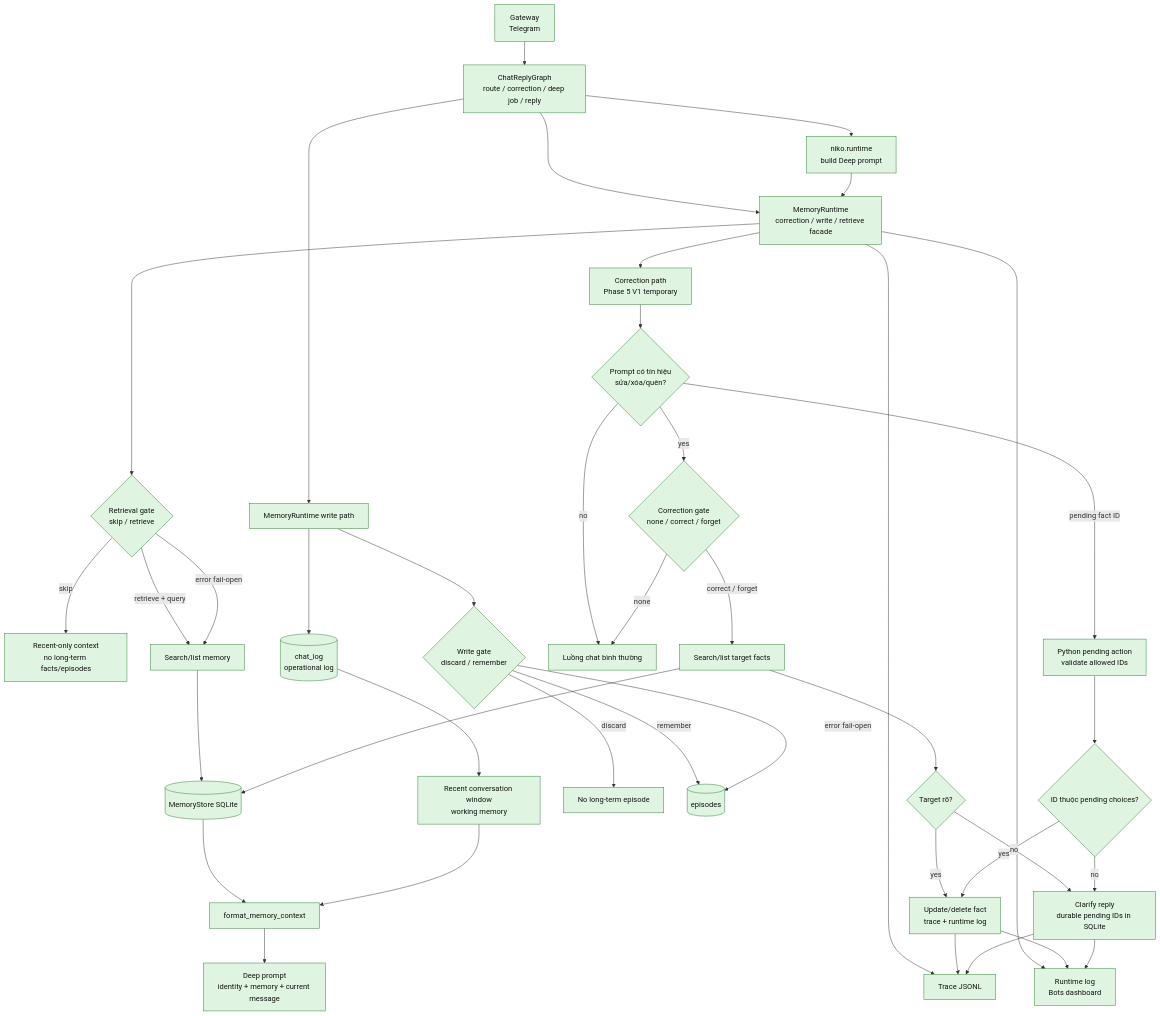
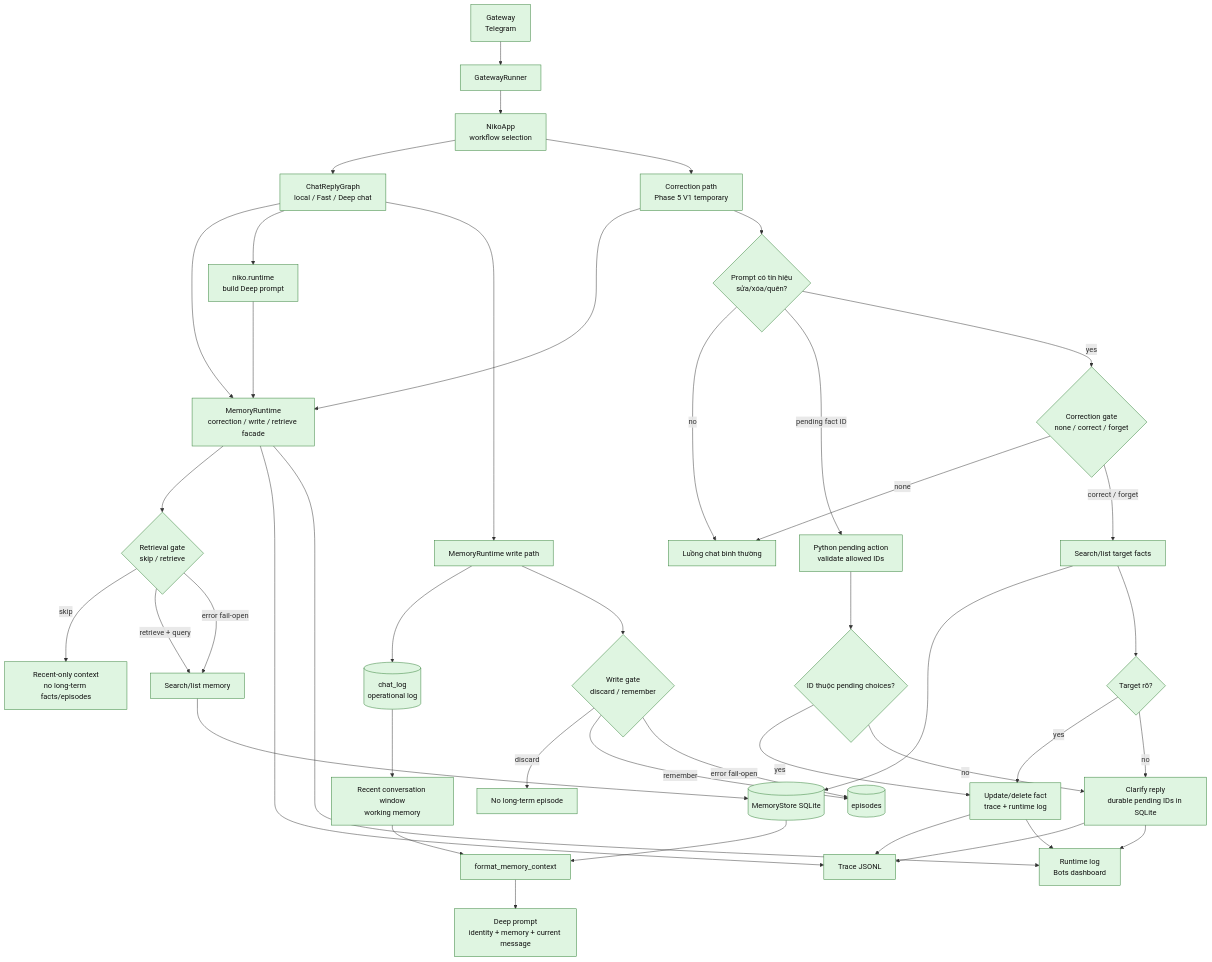
Before and after one commit to LuongAnh1/Niko_Agent: the second of 8 diagrams in docs/memory/chat-memory-architecture-flow.md, drawn with Mermaid. The commit also changed other lines of this file and 19 other files, not shown here.

Commit message:
feat: surface app workflow selection in ops

````diff
--- a/docs/memory/chat-memory-architecture-flow.md
+++ b/docs/memory/chat-memory-architecture-flow.md
@@ -52,53 +52,56 @@
 ```mermaid
 flowchart TB
-    Gateway[Gateway<br/>Telegram] --> ChatGraph[ChatReplyGraph<br/>route / correction / deep job / reply]
+    Gateway[Gateway<br/>Telegram] --> Runner[GatewayRunner]
+    Runner --> App[NikoApp<br/>workflow selection]
+    App --> ChatGraph[ChatReplyGraph<br/>local / Fast / Deep chat]
+    App --> CorrectionPath[Correction path<br/>Phase 5 V1 temporary]
     ChatGraph --> MemoryRuntime[MemoryRuntime<br/>correction / write / retrieve facade]
+    CorrectionPath --> MemoryRuntime
     ChatGraph --> DeepRuntime[niko.runtime<br/>build Deep prompt]
     DeepRuntime --> MemoryRuntime
 
     MemoryRuntime --> RetrievalGate{Retrieval gate<br/>skip / retrieve}
     RetrievalGate -->|skip| RecentOnly[Recent-only context<br/>no long-term facts/episodes]
     RetrievalGate -->|retrieve + query| Retriever[Search/list memory]
     RetrievalGate -->|error fail-open| Retriever
 
     Retriever --> Store[(MemoryStore SQLite)]
     ChatLog --> WorkingWindow[Recent conversation window<br/>working memory]
     Store --> Formatter[format_memory_context]
     WorkingWindow --> Formatter
     Formatter --> DeepPrompt[Deep prompt<br/>identity + memory + current message]
 
     ChatGraph --> WritePath[MemoryRuntime write path]
     WritePath --> ChatLog[(chat_log<br/>operational log)]
     WritePath --> WriteGate{Write gate<br/>discard / remember}
     WriteGate -->|discard| NoEpisode[No long-term episode]
     WriteGate -->|remember| Episode[(episodes)]
     WriteGate -->|error fail-open| Episode
 
-    MemoryRuntime --> CorrectionPath[Correction path<br/>Phase 5 V1 temporary]
     CorrectionPath --> CorrectionPrecheck{Prompt có tín hiệu<br/>sửa/xóa/quên?}
     CorrectionPrecheck -->|no| NoCorrection[Luồng chat bình thường]
     CorrectionPrecheck -->|pending fact ID| CorrectionPending[Python pending action<br/>validate allowed IDs]
     CorrectionPrecheck -->|yes| CorrectionGate{Correction gate<br/>none / correct / forget}
     CorrectionGate -->|none| NoCorrection[Luồng chat bình thường]
     CorrectionGate -->|correct / forget| CorrectionSearch[Search/list target facts]
     CorrectionSearch --> Store
     CorrectionSearch --> CorrectionMatch{Target rõ?}
     CorrectionMatch -->|yes| CorrectionApply[Update/delete fact<br/>trace + runtime log]
     CorrectionMatch -->|no| CorrectionClarify[Clarify reply<br/>durable pending IDs in SQLite]
     CorrectionPending --> CorrectionPendingMatch{ID thuộc pending choices?}
     CorrectionPendingMatch -->|yes| CorrectionApply
     CorrectionPendingMatch -->|no| CorrectionClarify
 
     MemoryRuntime --> Trace[Trace JSONL]
     MemoryRuntime --> RuntimeLog[Runtime log<br/>Bots dashboard]
     CorrectionApply --> Trace
     CorrectionClarify --> Trace
     CorrectionApply --> RuntimeLog
     CorrectionClarify --> RuntimeLog
 
     classDef done fill:#dff5e1,stroke:#2e7d32,color:#111;
     classDef planned fill:#fff4cc,stroke:#b7791f,color:#111;
     classDef boundary fill:#f3f4f6,stroke:#6b7280,color:#111;
 
-    class Gateway,ChatGraph,DeepRuntime,MemoryRuntime,RetrievalGate,Retriever,Store,Formatter,DeepPrompt,WritePath,ChatLog,WorkingWindow,WriteGate,Episode,CorrectionPath,CorrectionPrecheck,CorrectionGate,CorrectionPending,CorrectionPendingMatch,NoCorrection,CorrectionSearch,CorrectionMatch,CorrectionApply,CorrectionClarify,Trace,RuntimeLog,RecentOnly,NoEpisode done;
+    class Gateway,Runner,App,ChatGraph,DeepRuntime,MemoryRuntime,RetrievalGate,Retriever,Store,Formatter,DeepPrompt,WritePath,ChatLog,WorkingWindow,WriteGate,Episode,CorrectionPath,CorrectionPrecheck,CorrectionGate,CorrectionPending,CorrectionPendingMatch,NoCorrection,CorrectionSearch,CorrectionMatch,CorrectionApply,CorrectionClarify,Trace,RuntimeLog,RecentOnly,NoEpisode done;
 ```
````
